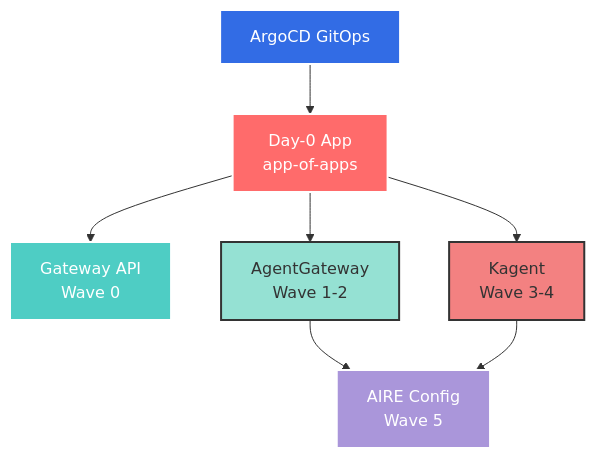
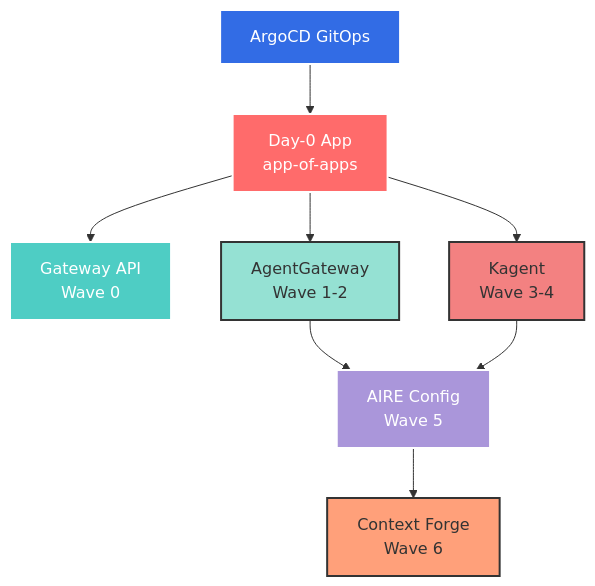
The first of 4 diagrams in README.md (ikaliuzh/aire-agents), drawn with Mermaid before and after one commit. The commit also changed other lines of this file and 4 other files, not shown here.

Commit message:
Add Context Forge integration with deployment resources and documentation

````diff
--- a/README.md
+++ b/README.md
@@ -63,16 +63,18 @@
 ```mermaid
 graph TD
     A[ArgoCD GitOps] --> B[Day-0 App<br/>app-of-apps]
     B --> C[Gateway API<br/>Wave 0]
     B --> D[AgentGateway<br/>Wave 1-2]
     B --> E[Kagent<br/>Wave 3-4]
     D --> F[AIRE Config<br/>Wave 5]
     E --> F
+    F --> G[Context Forge<br/>Wave 6]
 
     style A fill:#326CE5,stroke:#fff,stroke-width:2px,color:#fff
     style B fill:#FF6B6B,stroke:#fff,stroke-width:2px,color:#fff
     style C fill:#4ECDC4,stroke:#fff,stroke-width:2px,color:#fff
     style D fill:#95E1D3,stroke:#333,stroke-width:2px
     style E fill:#F38181,stroke:#333,stroke-width:2px
     style F fill:#AA96DA,stroke:#fff,stroke-width:2px,color:#fff
+    style G fill:#FFA07A,stroke:#333,stroke-width:2px
 ```
````
